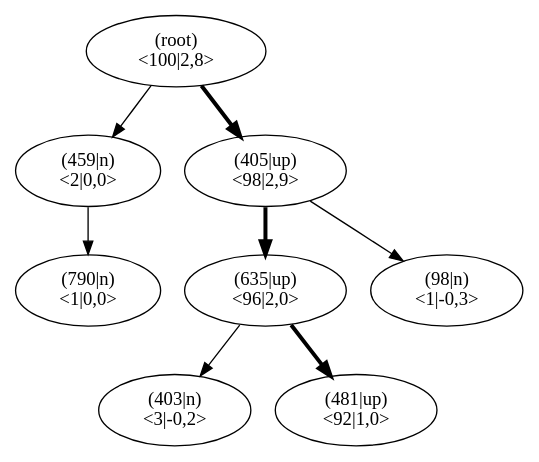
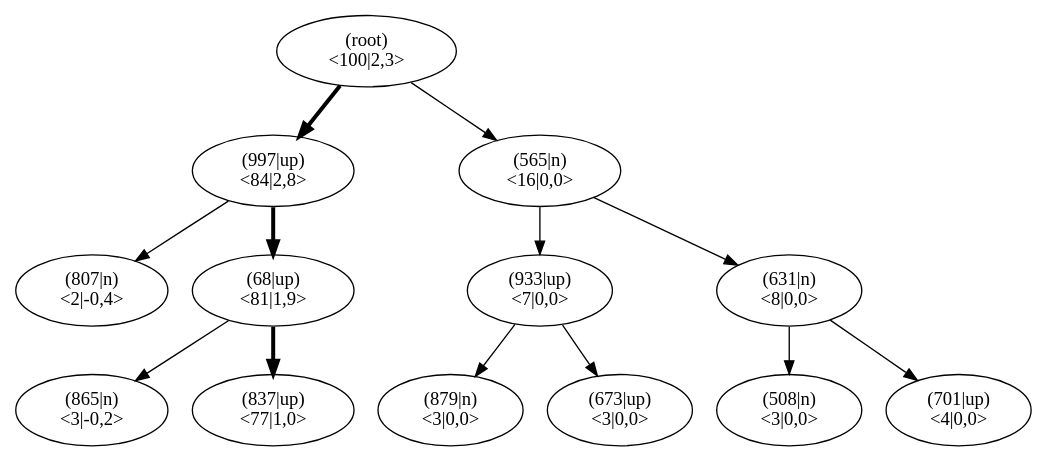
Before and after one commit to JonasHellgren/relexp-java: the diagram in pictures/ch13/jumper_test_mcts.dot, drawn with Graphviz. The commit also changed 97 other files, not shown here.

```diff
--- a/pictures/ch13/jumper_test_mcts.dot
+++ b/pictures/ch13/jumper_test_mcts.dot
@@ -1,26 +1,41 @@
 digraph MCTS {
 node [shape=ellipse];
 Nroot [label="(root)
-<100|2,8>"];
-Nroot -> N459[penwidth=1];
-N459 [label="(459|n)
-<2|0,0>"];
-N459 -> N790[penwidth=1];
-N790 [label="(790|n)
-<1|0,0>"];
-Nroot -> N405[penwidth=3];
-N405 [label="(405|up)
-<98|2,9>"];
-N405 -> N635[penwidth=3];
-N635 [label="(635|up)
-<96|2,0>"];
-N635 -> N403[penwidth=1];
-N403 [label="(403|n)
+<100|2,3>"];
+Nroot -> N997[penwidth=3];
+N997 [label="(997|up)
+<84|2,8>"];
+N997 -> N807[penwidth=1];
+N807 [label="(807|n)
+<2|-0,4>"];
+N997 -> N68[penwidth=3];
+N68 [label="(68|up)
+<81|1,9>"];
+N68 -> N865[penwidth=1];
+N865 [label="(865|n)
 <3|-0,2>"];
-N635 -> N481[penwidth=3];
-N481 [label="(481|up)
-<92|1,0>"];
-N405 -> N98[penwidth=1];
-N98 [label="(98|n)
-<1|-0,3>"];
+N68 -> N837[penwidth=3];
+N837 [label="(837|up)
+<77|1,0>"];
+Nroot -> N565[penwidth=1];
+N565 [label="(565|n)
+<16|0,0>"];
+N565 -> N933[penwidth=1];
+N933 [label="(933|up)
+<7|0,0>"];
+N933 -> N879[penwidth=1];
+N879 [label="(879|n)
+<3|0,0>"];
+N933 -> N673[penwidth=1];
+N673 [label="(673|up)
+<3|0,0>"];
+N565 -> N631[penwidth=1];
+N631 [label="(631|n)
+<8|0,0>"];
+N631 -> N508[penwidth=1];
+N508 [label="(508|n)
+<3|0,0>"];
+N631 -> N701[penwidth=1];
+N701 [label="(701|up)
+<4|0,0>"];
 }
```
